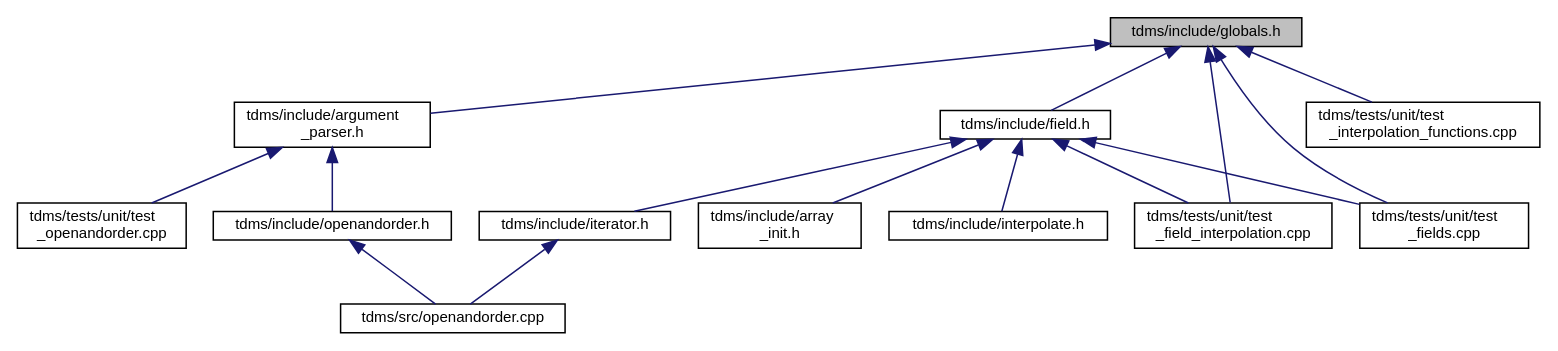
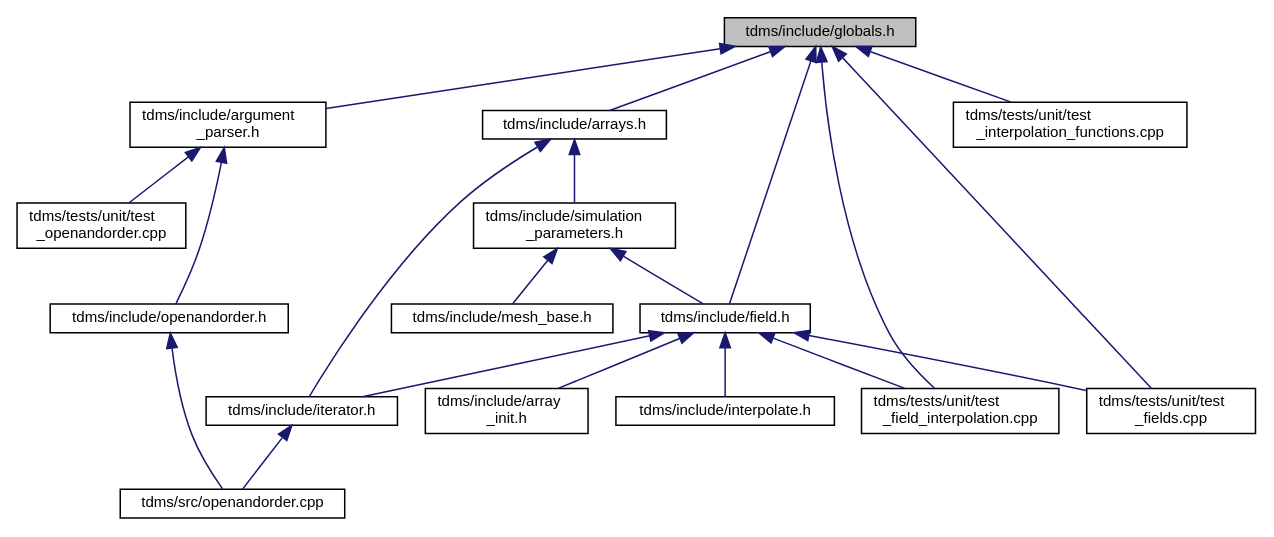
The diagram in globals_8h__dep__incl.dot (UCL/TDMS), drawn with Graphviz before and after one commit. The commit also changed 130 other files, not shown here.

```diff
--- a/globals_8h__dep__incl.dot
+++ b/globals_8h__dep__incl.dot
@@ -1,32 +1,40 @@
 digraph "tdms/include/globals.h"
 {
  // LATEX_PDF_SIZE
   edge [fontname="Helvetica",fontsize="10",labelfontname="Helvetica",labelfontsize="10"];
   node [fontname="Helvetica",fontsize="10",shape=record];
   Node1 [label="tdms/include/globals.h",height=0.2,width=0.4,color="black", fillcolor="grey75", style="filled", fontcolor="black",tooltip="Type definitions and global constants."];
   Node1 -> Node2 [dir="back",color="midnightblue",fontsize="10",style="solid",fontname="Helvetica"];
   Node2 [label="tdms/include/argument\l_parser.h",height=0.2,width=0.4,color="black", fillcolor="white", style="filled",URL="$argument__parser_8h.html",tooltip="Parse the command line options."];
   Node2 -> Node3 [dir="back",color="midnightblue",fontsize="10",style="solid",fontname="Helvetica"];
   Node3 [label="tdms/include/openandorder.h",height=0.2,width=0.4,color="black", fillcolor="white", style="filled",URL="$openandorder_8h.html",tooltip="Launch TDMS and file IO."];
   Node3 -> Node4 [dir="back",color="midnightblue",fontsize="10",style="solid",fontname="Helvetica"];
   Node4 [label="tdms/src/openandorder.cpp",height=0.2,width=0.4,color="black", fillcolor="white", style="filled",URL="$openandorder_8cpp.html",tooltip="Launch and file IO."];
   Node2 -> Node5 [dir="back",color="midnightblue",fontsize="10",style="solid",fontname="Helvetica"];
   Node5 [label="tdms/tests/unit/test\l_openandorder.cpp",height=0.2,width=0.4,color="black", fillcolor="white", style="filled",URL="$test__openandorder_8cpp.html",tooltip="Tests of the argument parsing and file I/O."];
   Node1 -> Node6 [dir="back",color="midnightblue",fontsize="10",style="solid",fontname="Helvetica"];
-  Node6 [label="tdms/include/field.h",height=0.2,width=0.4,color="black", fillcolor="white", style="filled",URL="$field_8h.html",tooltip="Classes for the electric and magnetic (split) fields on a grid."];
+  Node6 [label="tdms/include/arrays.h",height=0.2,width=0.4,color="black", fillcolor="white", style="filled",URL="$arrays_8h.html",tooltip="Classes describing arrays, vertices etc."];
   Node6 -> Node7 [dir="back",color="midnightblue",fontsize="10",style="solid",fontname="Helvetica"];
-  Node7 [label="tdms/include/array\l_init.h",height=0.2,width=0.4,color="black", fillcolor="white", style="filled",URL="$array__init_8h.html",tooltip="A collection of functions for array initialisation given MATLAB pointers."];
-  Node6 -> Node8 [dir="back",color="midnightblue",fontsize="10",style="solid",fontname="Helvetica"];
-  Node8 [label="tdms/include/interpolate.h",height=0.2,width=0.4,color="black", fillcolor="white", style="filled",URL="$interpolate_8h.html",tooltip="Interpolation of field values within FDTD grid."];
-  Node6 -> Node9 [dir="back",color="midnightblue",fontsize="10",style="solid",fontname="Helvetica"];
-  Node9 [label="tdms/include/iterator.h",height=0.2,width=0.4,color="black", fillcolor="white", style="filled",URL="$iterator_8h.html",tooltip="The main time propogation algorithm."];
-  Node9 -> Node4 [dir="back",color="midnightblue",fontsize="10",style="solid",fontname="Helvetica"];
-  Node6 -> Node10 [dir="back",color="midnightblue",fontsize="10",style="solid",fontname="Helvetica"];
-  Node10 [label="tdms/tests/unit/test\l_field_interpolation.cpp",height=0.2,width=0.4,color="black", fillcolor="white", style="filled",URL="$test__field__interpolation_8cpp.html",tooltip="Tests interpolation of E- and H-fields and compares the errors against MATLAB benchmarks."];
+  Node7 [label="tdms/include/simulation\l_parameters.h",height=0.2,width=0.4,color="black", fillcolor="white", style="filled",URL="$simulation__parameters_8h.html",tooltip="Classes collecting parameters for the simulation."];
+  Node7 -> Node8 [dir="back",color="midnightblue",fontsize="10",style="solid",fontname="Helvetica"];
+  Node8 [label="tdms/include/field.h",height=0.2,width=0.4,color="black", fillcolor="white", style="filled",URL="$field_8h.html",tooltip="Classes for the electric and magnetic (split) fields on a grid."];
+  Node8 -> Node9 [dir="back",color="midnightblue",fontsize="10",style="solid",fontname="Helvetica"];
+  Node9 [label="tdms/include/array\l_init.h",height=0.2,width=0.4,color="black", fillcolor="white", style="filled",URL="$array__init_8h.html",tooltip="A collection of functions for array initialisation given MATLAB pointers."];
+  Node8 -> Node10 [dir="back",color="midnightblue",fontsize="10",style="solid",fontname="Helvetica"];
+  Node10 [label="tdms/include/interpolate.h",height=0.2,width=0.4,color="black", fillcolor="white", style="filled",URL="$interpolate_8h.html",tooltip="Interpolation of field values within FDTD grid."];
+  Node8 -> Node11 [dir="back",color="midnightblue",fontsize="10",style="solid",fontname="Helvetica"];
+  Node11 [label="tdms/include/iterator.h",height=0.2,width=0.4,color="black", fillcolor="white", style="filled",URL="$iterator_8h.html",tooltip="The main time propogation algorithm."];
+  Node11 -> Node4 [dir="back",color="midnightblue",fontsize="10",style="solid",fontname="Helvetica"];
+  Node8 -> Node12 [dir="back",color="midnightblue",fontsize="10",style="solid",fontname="Helvetica"];
+  Node12 [label="tdms/tests/unit/test\l_field_interpolation.cpp",height=0.2,width=0.4,color="black", fillcolor="white", style="filled",URL="$test__field__interpolation_8cpp.html",tooltip="Tests interpolation of E- and H-fields and compares the errors against MATLAB benchmarks."];
+  Node8 -> Node13 [dir="back",color="midnightblue",fontsize="10",style="solid",fontname="Helvetica"];
+  Node13 [label="tdms/tests/unit/test\l_fields.cpp",height=0.2,width=0.4,color="black", fillcolor="white", style="filled",URL="$test__fields_8cpp.html",tooltip="Test of the Field class and subclasses."];
+  Node7 -> Node14 [dir="back",color="midnightblue",fontsize="10",style="solid",fontname="Helvetica"];
+  Node14 [label="tdms/include/mesh_base.h",height=0.2,width=0.4,color="black", fillcolor="white", style="filled",URL="$mesh__base_8h.html",tooltip="Generation of orientated mesh."];
   Node6 -> Node11 [dir="back",color="midnightblue",fontsize="10",style="solid",fontname="Helvetica"];
-  Node11 [label="tdms/tests/unit/test\l_fields.cpp",height=0.2,width=0.4,color="black", fillcolor="white", style="filled",URL="$test__fields_8cpp.html",tooltip="Test of the Field class and subclasses."];
-  Node1 -> Node10 [dir="back",color="midnightblue",fontsize="10",style="solid",fontname="Helvetica"];
-  Node1 -> Node11 [dir="back",color="midnightblue",fontsize="10",style="solid",fontname="Helvetica"];
+  Node1 -> Node8 [dir="back",color="midnightblue",fontsize="10",style="solid",fontname="Helvetica"];
   Node1 -> Node12 [dir="back",color="midnightblue",fontsize="10",style="solid",fontname="Helvetica"];
-  Node12 [label="tdms/tests/unit/test\l_interpolation_functions.cpp",height=0.2,width=0.4,color="black", fillcolor="white", style="filled",URL="$test__interpolation__functions_8cpp.html",tooltip="Tests the performance of the interpolation functions, using 1D data mimicing a coordinate axes."];
+  Node1 -> Node13 [dir="back",color="midnightblue",fontsize="10",style="solid",fontname="Helvetica"];
+  Node1 -> Node15 [dir="back",color="midnightblue",fontsize="10",style="solid",fontname="Helvetica"];
+  Node15 [label="tdms/tests/unit/test\l_interpolation_functions.cpp",height=0.2,width=0.4,color="black", fillcolor="white", style="filled",URL="$test__interpolation__functions_8cpp.html",tooltip="Tests the performance of the interpolation functions, using 1D data mimicing a coordinate axes."];
 }
```
